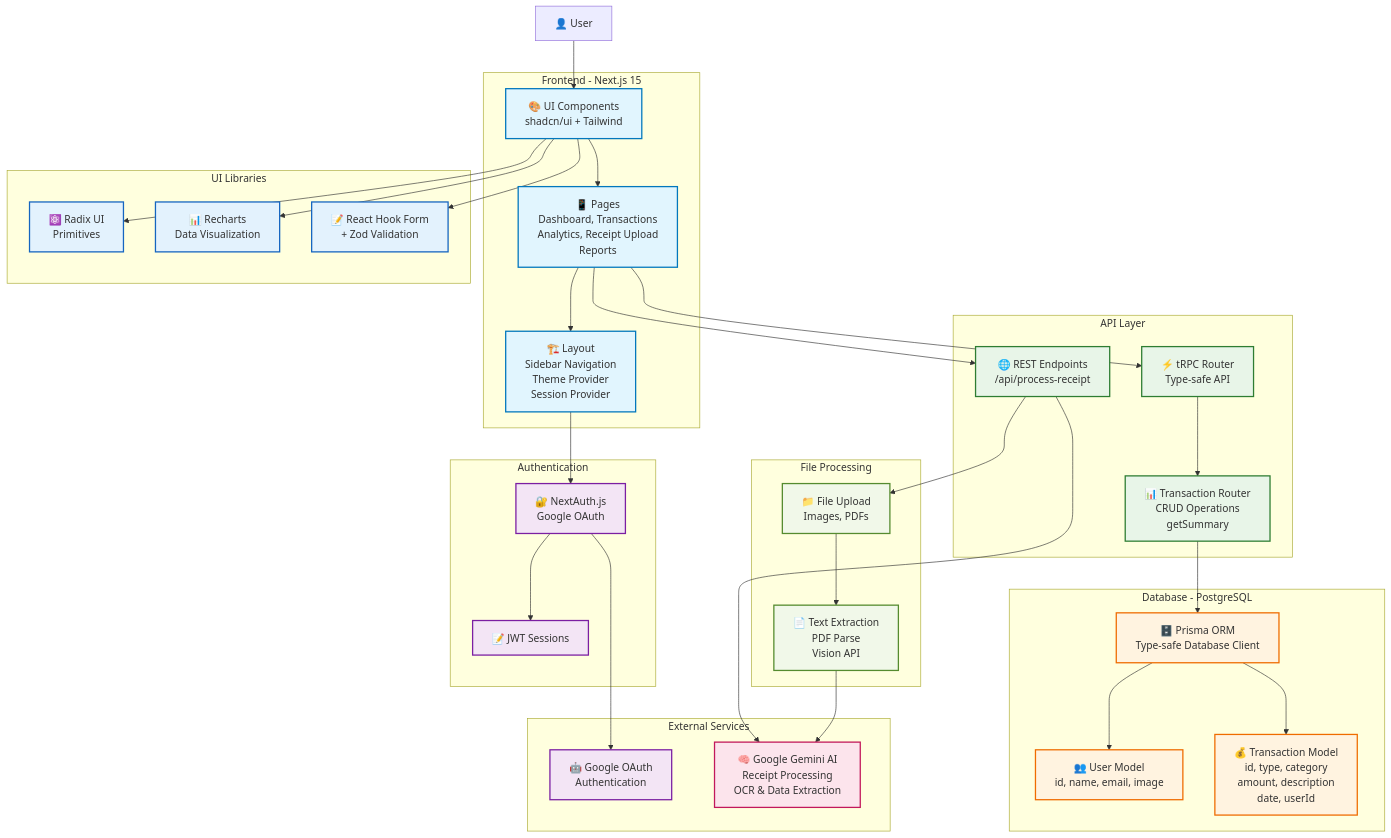
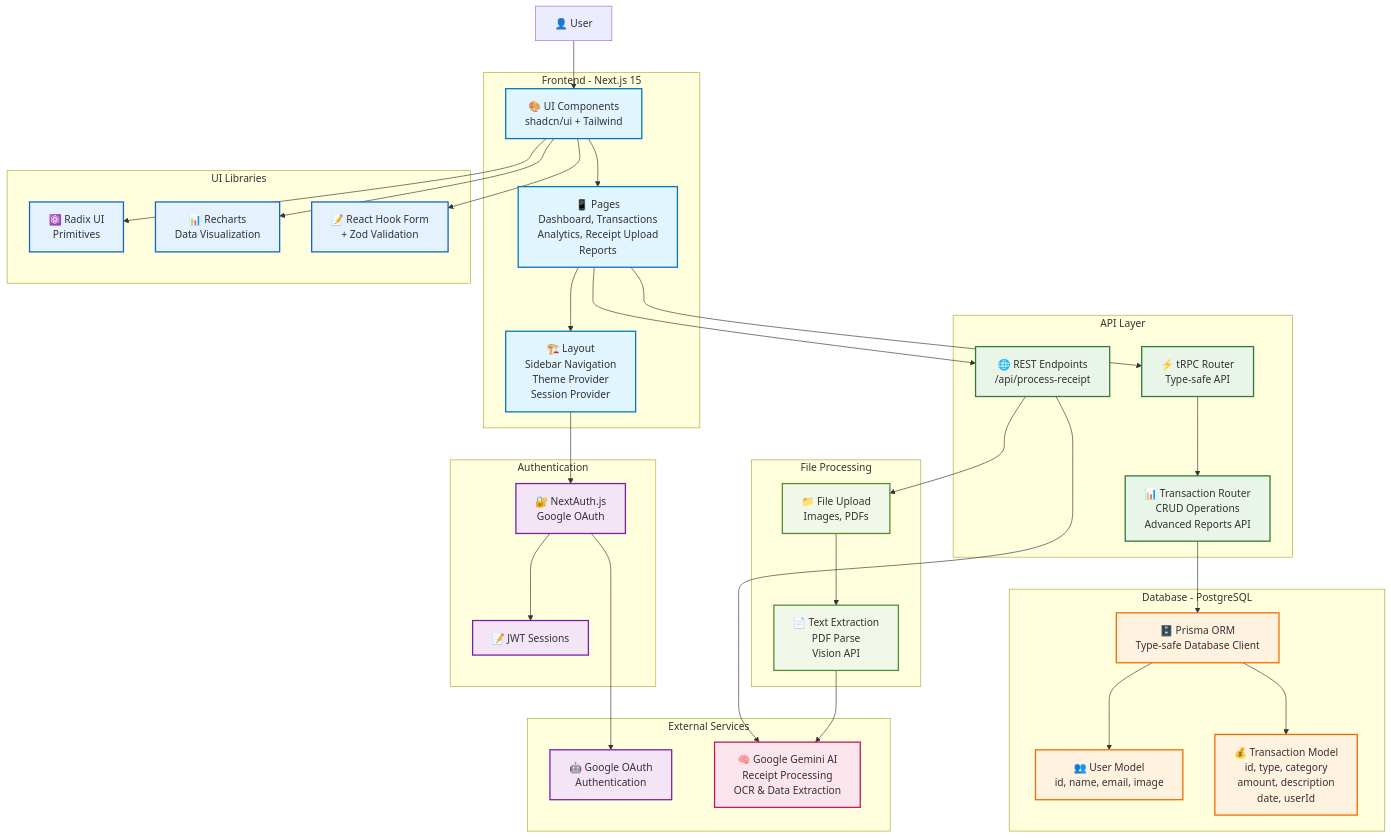
One commit to Sounak10/fintracker changed the diagram in README.md. Above: the diagram before and after it, drawn with Mermaid. The commit also changed other lines of this file and 1 other file, not shown here.

```diff
--- a/README.md
+++ b/README.md
@@ -108,7 +135,7 @@
     subgraph "API Layer"
         tRPC[⚡ tRPC Router<br/>Type-safe API]
         REST[🌐 REST Endpoints<br/>/api/process-receipt]
-        TransactionRouter[📊 Transaction Router<br/>CRUD Operations<br/>getSummary]
+        TransactionRouter[📊 Transaction Router<br/>CRUD Operations<br/>Advanced Reports API]
     end
 
     %% External Services
```
